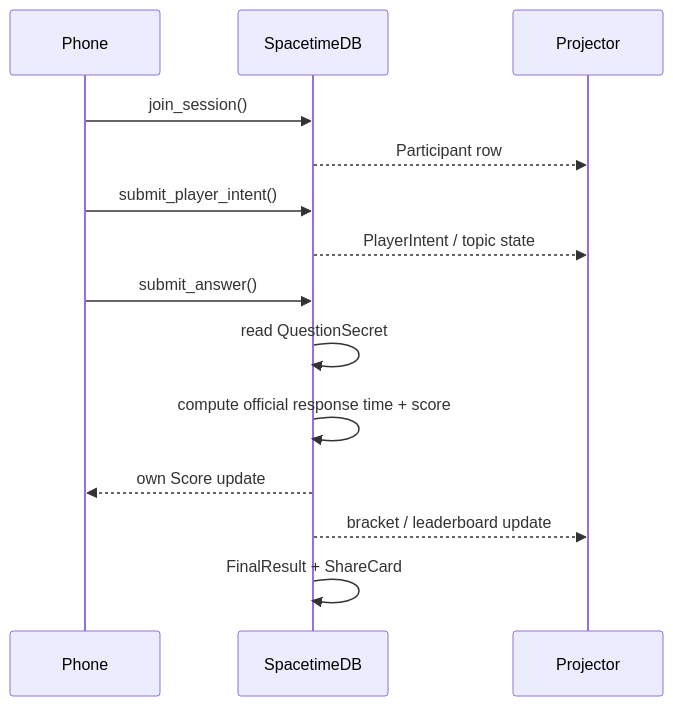
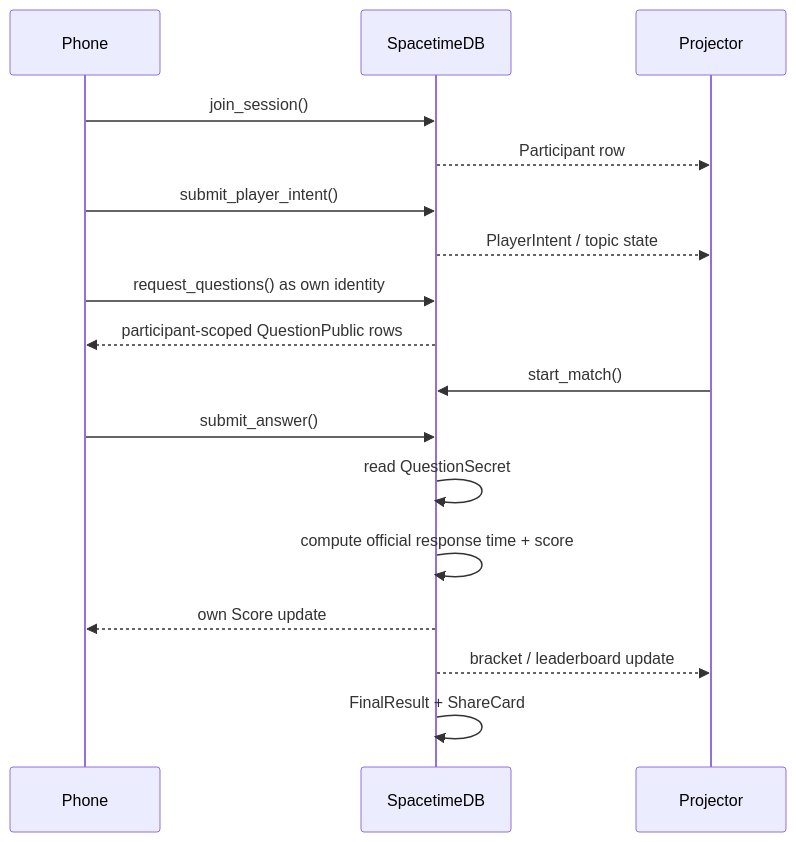
The second of 3 diagrams in docs/realtime-demo-runbook.md (roshaninfordham/quizel), drawn with Mermaid before and after one commit. The commit also changed other lines of this file and 15 other files, not shown here.

````diff
--- a/docs/realtime-demo-runbook.md
+++ b/docs/realtime-demo-runbook.md
@@ -59,17 +59,20 @@
 ```mermaid
 sequenceDiagram
     participant U as Phone
     participant DB as SpacetimeDB
     participant P as Projector
 
     U->>DB: join_session()
     DB-->>P: Participant row
     U->>DB: submit_player_intent()
     DB-->>P: PlayerIntent / topic state
+    U->>DB: request_questions() as own identity
+    DB-->>U: participant-scoped QuestionPublic rows
+    P->>DB: start_match()
     U->>DB: submit_answer()
     DB->>DB: read QuestionSecret
     DB->>DB: compute official response time + score
     DB-->>U: own Score update
     DB-->>P: bracket / leaderboard update
     DB->>DB: FinalResult + ShareCard
 ```
````
